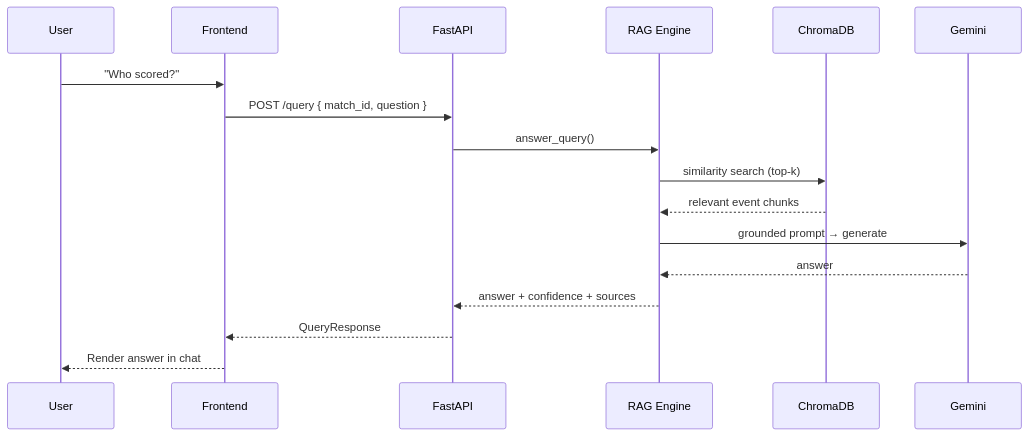
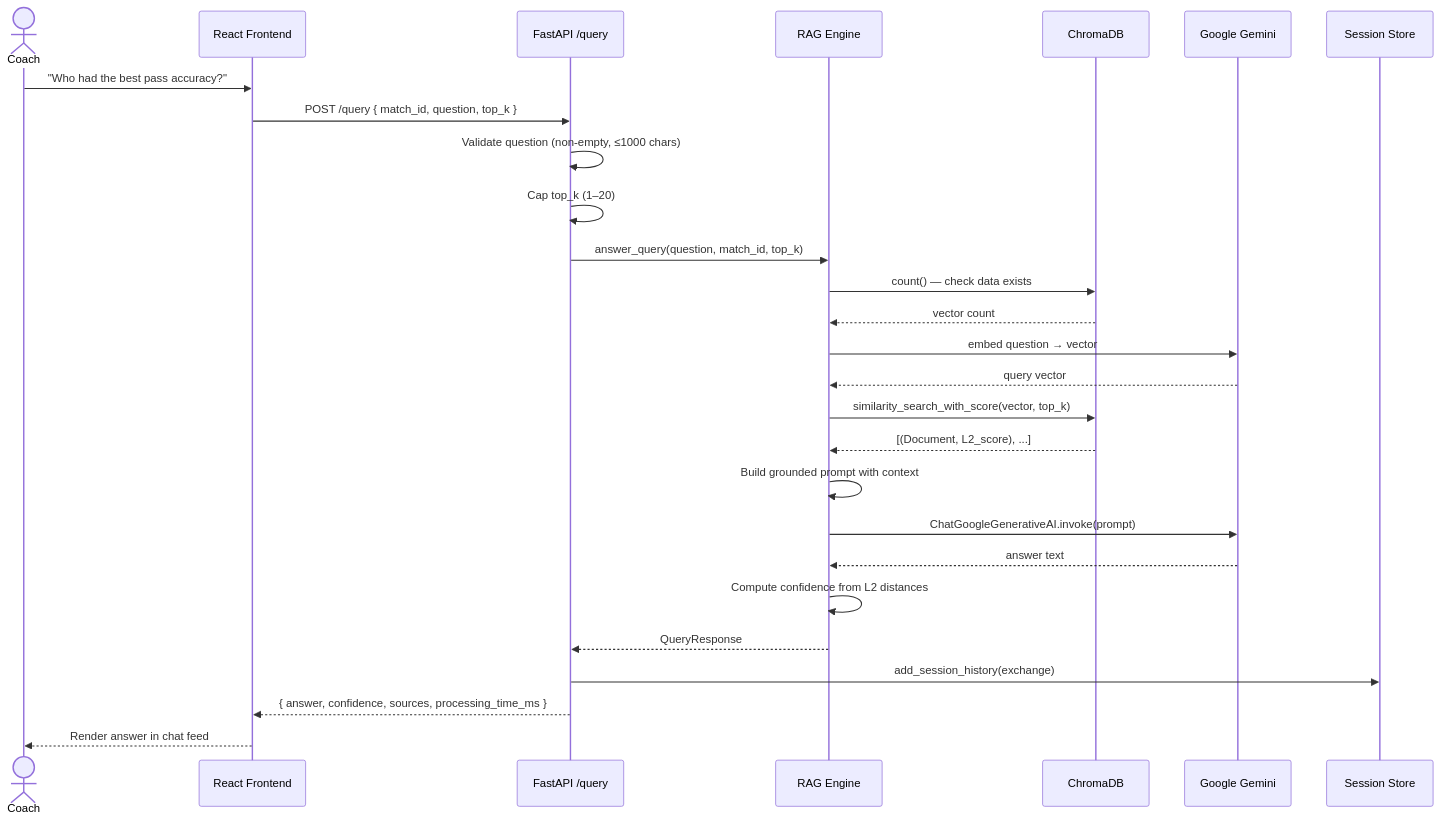
The fourth of 7 diagrams in README.md (MayankSinghRaghav/FootIQ), drawn with Mermaid before and after one commit. The commit also changed other lines of this file, not shown here.

First line of the commit message:
docs: overhaul README with full diagrams and workflow

````diff
--- a/README.md
+++ b/README.md
@@ -150,20 +181,30 @@
 ```mermaid
 sequenceDiagram
-    participant U as User
-    participant F as Frontend
-    participant API as FastAPI
-    participant R as RAG Engine
-    participant C as ChromaDB
-    participant G as Gemini
+    actor Coach
+    participant FE as React Frontend
+    participant API as FastAPI /query
+    participant RAG as RAG Engine
+    participant CHR as ChromaDB
+    participant GEM as Google Gemini
+    participant STO as Session Store
 
-    U->>F: "Who scored?"
-    F->>API: POST /query { match_id, question }
-    API->>R: answer_query()
-    R->>C: similarity search (top-k)
-    C-->>R: relevant event chunks
-    R->>G: grounded prompt → generate
-    G-->>R: answer
-    R-->>API: answer + confidence + sources
-    API-->>F: QueryResponse
-    F-->>U: Render answer in chat
+    Coach->>FE: "Who had the best pass accuracy?"
+    FE->>API: POST /query { match_id, question, top_k }
+    API->>API: Validate question (non-empty, ≤1000 chars)
+    API->>API: Cap top_k (1–20)
+    API->>RAG: answer_query(question, match_id, top_k)
+    RAG->>CHR: count() — check data exists
+    CHR-->>RAG: vector count
+    RAG->>GEM: embed question → vector
+    GEM-->>RAG: query vector
+    RAG->>CHR: similarity_search_with_score(vector, top_k)
+    CHR-->>RAG: [(Document, L2_score), ...]
+    RAG->>RAG: Build grounded prompt with context
+    RAG->>GEM: ChatGoogleGenerativeAI.invoke(prompt)
+    GEM-->>RAG: answer text
+    RAG->>RAG: Compute confidence from L2 distances
+    RAG-->>API: QueryResponse
+    API->>STO: add_session_history(exchange)
+    API-->>FE: { answer, confidence, sources, processing_time_ms }
+    FE-->>Coach: Render answer in chat feed
 ```
````
